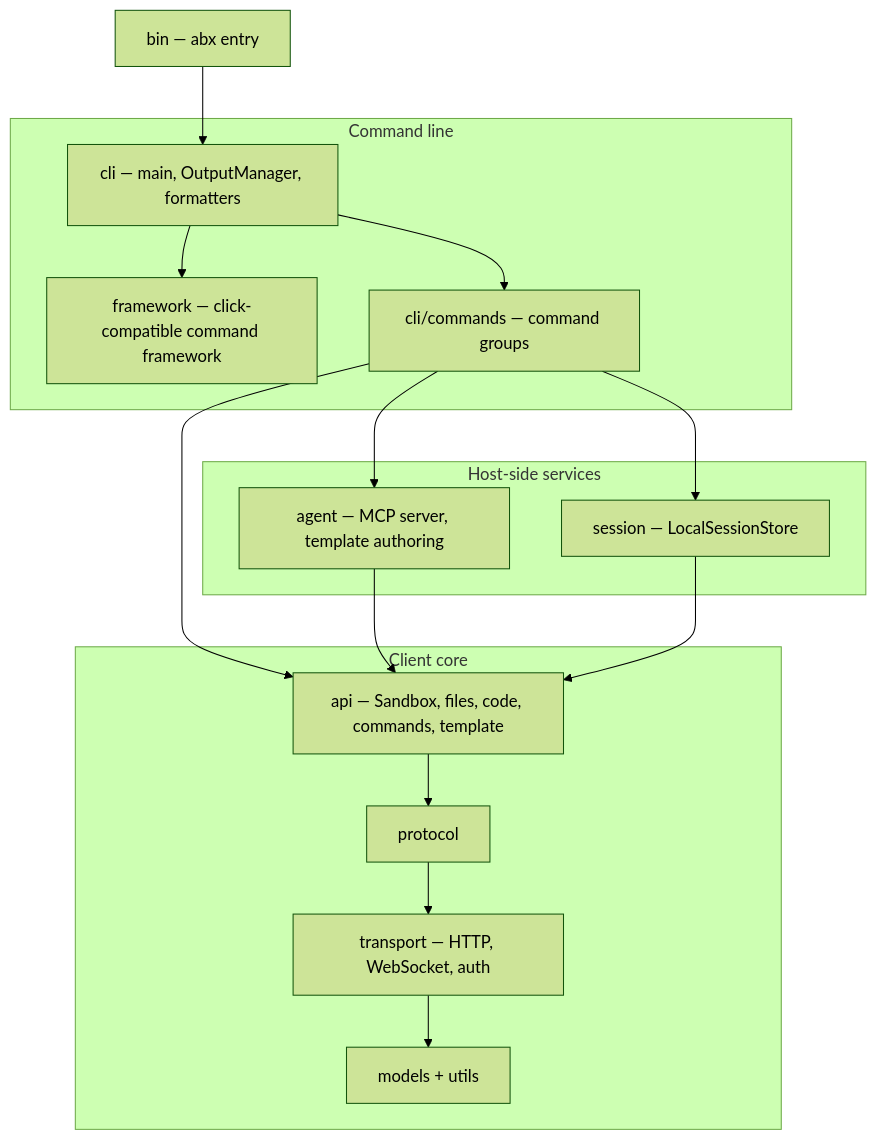
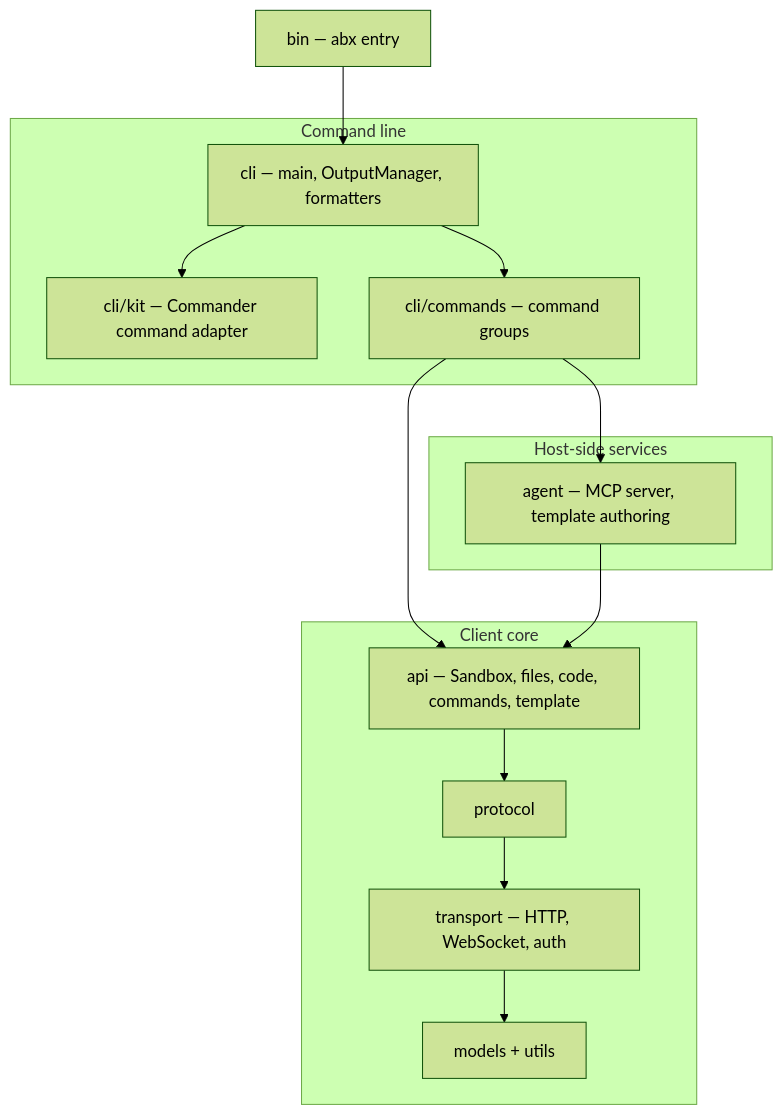
The diagram in AGENTS.md (Alibaba-Agent-Sandbox/agent-sandbox), drawn with Mermaid (forest theme) before and after one commit. The commit also changed other lines of this file and 44 other files, not shown here.

````diff
--- a/AGENTS.md
+++ b/AGENTS.md
@@ -61,27 +59,24 @@
 ```mermaid
 graph TB
     BIN["bin — abx entry"]
     subgraph Front["Command line"]
-        FW["framework — click-compatible command framework"]
+        FW["cli/kit — Commander command adapter"]
         CLI["cli — main, OutputManager, formatters"]
         CMD["cli/commands — command groups"]
     end
     subgraph Services["Host-side services"]
         AG["agent — MCP server, template authoring"]
-        SES["session — LocalSessionStore"]
     end
     subgraph Core["Client core"]
         API["api — Sandbox, files, code, commands, template"]
         PRO["protocol"]
         TRA["transport — HTTP, WebSocket, auth"]
         MOD["models + utils"]
     end
     BIN --> CLI --> FW
     CLI --> CMD
     CMD --> AG
-    CMD --> SES
     CMD --> API
     AG --> API
-    SES --> API
     API --> PRO --> TRA --> MOD
 ```
````
